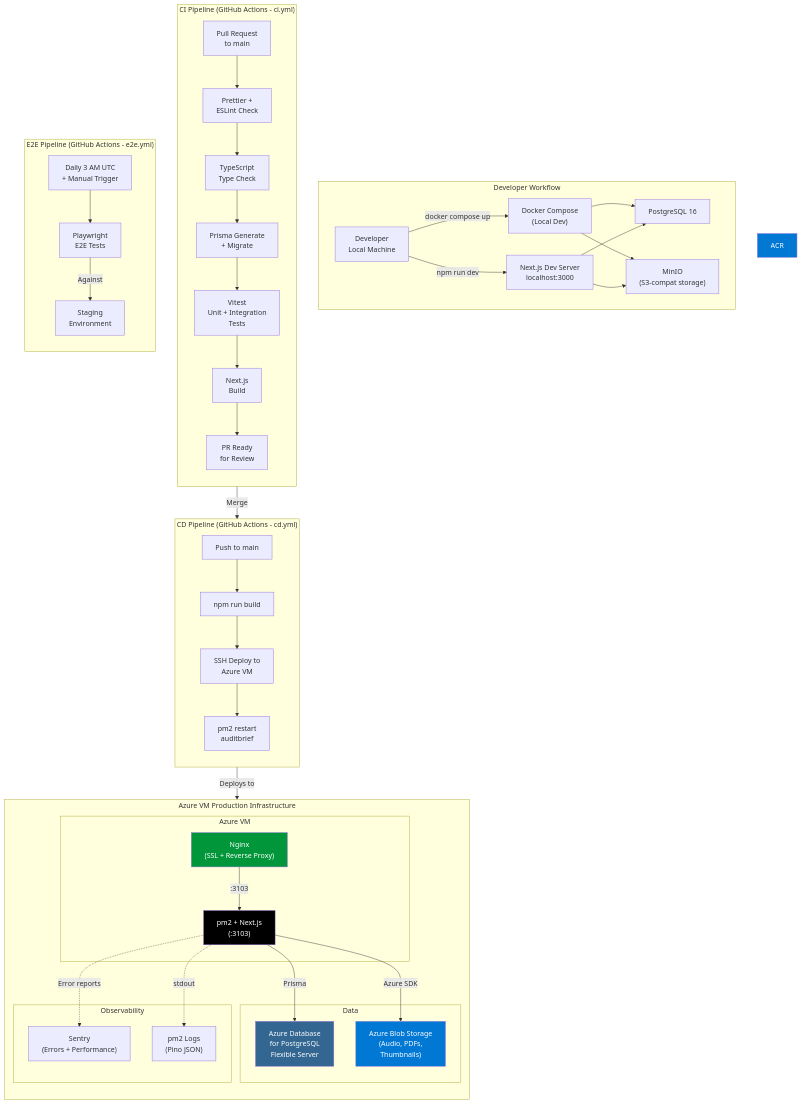
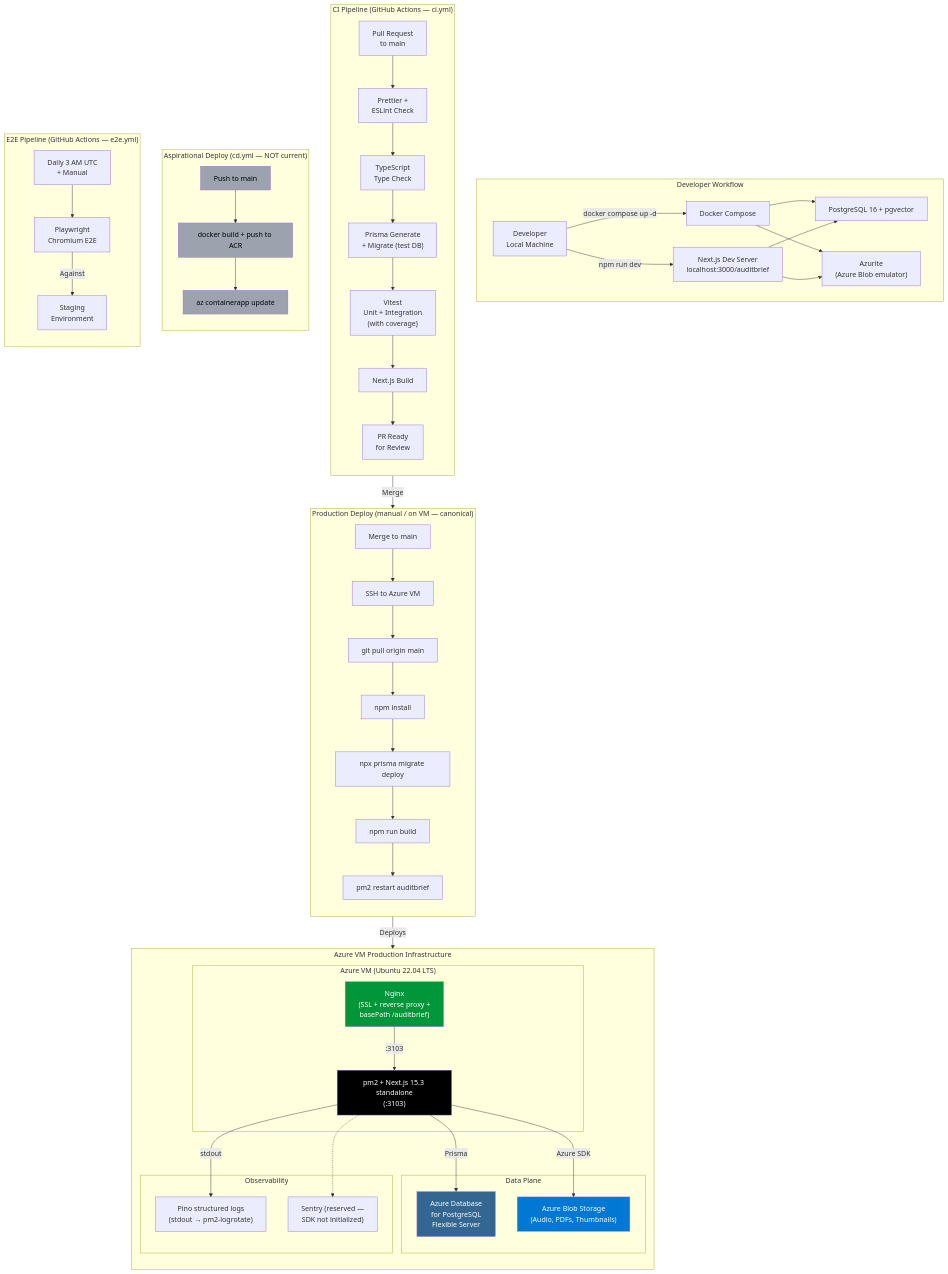
The seventh of 7 diagrams in docs/architecture-diagrams.md (RoshanJ20/podcasthub), drawn with Mermaid before and after one commit. The commit also changed other lines of this file and 51 other files, not shown here.

First line of the commit message:
docs: refresh top-level docs, CLAUDE/AGENTS rules, architecture diagrams, and changelog

````diff
--- a/docs/architecture-diagrams.md
+++ b/docs/architecture-diagrams.md
@@ -460,72 +594,83 @@
 flowchart TB
     subgraph "Developer Workflow"
         Dev["Developer<br/>Local Machine"]
-        DevDocker["Docker Compose<br/>(Local Dev)"]
-        PGLocal["PostgreSQL 16"]
-        MinIOLocal["MinIO<br/>(S3-compat storage)"]
+        DevDocker["Docker Compose"]
+        PGLocal["PostgreSQL 16 + pgvector"]
+        AzuriteLocal["Azurite<br/>(Azure Blob emulator)"]
 
-        Dev -->|"docker compose up"| DevDocker
+        Dev -->|"docker compose up -d"| DevDocker
         DevDocker --> PGLocal
-        DevDocker --> MinIOLocal
-        Dev -->|"npm run dev"| LocalNext["Next.js Dev Server<br/>localhost:3000"]
+        DevDocker --> AzuriteLocal
+        Dev -->|"npm run dev"| LocalNext["Next.js Dev Server<br/>localhost:3000/auditbrief"]
         LocalNext --> PGLocal
-        LocalNext --> MinIOLocal
+        LocalNext --> AzuriteLocal
     end
 
-    subgraph "CI Pipeline (GitHub Actions - ci.yml)"
+    subgraph "CI Pipeline (GitHub Actions — ci.yml)"
         direction TB
         PR["Pull Request<br/>to main"] --> Lint["Prettier +<br/>ESLint Check"]
         Lint --> TypeCheck["TypeScript<br/>Type Check"]
-        TypeCheck --> PrismaGen["Prisma Generate<br/>+ Migrate"]
-        PrismaGen --> UnitTests["Vitest<br/>Unit + Integration<br/>Tests"]
-        UnitTests --> BuildCheck["Next.js<br/>Build"]
+        TypeCheck --> PrismaGen["Prisma Generate<br/>+ Migrate (test DB)"]
+        PrismaGen --> UnitTests["Vitest<br/>Unit + Integration<br/>(with coverage)"]
+        UnitTests --> BuildCheck["Next.js Build"]
         BuildCheck --> PRReady["PR Ready<br/>for Review"]
     end
 
-    subgraph "CD Pipeline (GitHub Actions - cd.yml)"
+    subgraph "Production Deploy (manual / on VM — canonical)"
         direction TB
-        MergeMain["Push to main"] --> NpmBuild["npm run build"]
-        NpmBuild --> SSHDeploy["SSH Deploy to<br/>Azure VM"]
-        SSHDeploy --> PM2Restart["pm2 restart<br/>auditbrief"]
+        Merge["Merge to main"] --> SSH["SSH to Azure VM"]
+        SSH --> Pull["git pull origin main"]
+        Pull --> Install["npm install"]
+        Install --> Migrate["npx prisma migrate deploy"]
+        Migrate --> Build["npm run build"]
+        Build --> Restart["pm2 restart auditbrief"]
     end
 
-    subgraph "E2E Pipeline (GitHub Actions - e2e.yml)"
+    subgraph "Aspirational Deploy (cd.yml — NOT current)"
         direction TB
-        CronTrigger["Daily 3 AM UTC<br/>+ Manual Trigger"] --> PlaywrightRun["Playwright<br/>E2E Tests"]
+        cdMerge["Push to main"] --> Docker["docker build + push to ACR"]
+        Docker --> ACA["az containerapp update"]
+    end
+
+    subgraph "E2E Pipeline (GitHub Actions — e2e.yml)"
+        direction TB
+        CronTrigger["Daily 3 AM UTC<br/>+ Manual"] --> PlaywrightRun["Playwright<br/>Chromium E2E"]
         PlaywrightRun -->|"Against"| StagingURL["Staging<br/>Environment"]
     end
 
     subgraph "Azure VM Production Infrastructure"
         direction TB
 
-        subgraph "Azure VM"
-            NginxProd["Nginx<br/>(SSL + Reverse Proxy)"]
-            PM2Prod["pm2 + Next.js<br/>(:3103)"]
+        subgraph "Azure VM (Ubuntu 22.04 LTS)"
+            NginxProd["Nginx<br/>(SSL + reverse proxy +<br/>basePath /auditbrief)"]
+            PM2Prod["pm2 + Next.js 15.3 standalone<br/>(:3103)"]
         end
 
-        subgraph "Data"
+        subgraph "Data Plane"
             AzurePG["Azure Database<br/>for PostgreSQL<br/>Flexible Server"]
-            AzureBlob["Azure Blob Storage<br/>(Audio, PDFs,<br/>Thumbnails)"]
+            AzureBlob["Azure Blob Storage<br/>(Audio, PDFs, Thumbnails)"]
         end
 
         subgraph "Observability"
-            SentryMon["Sentry<br/>(Errors + Performance)"]
-            PM2Logs["pm2 Logs<br/>(Pino JSON)"]
+            PinoLogs["Pino structured logs<br/>(stdout → pm2-logrotate)"]
+            SentryRsv["Sentry (reserved —<br/>SDK not initialized)"]
         end
 
         NginxProd -->|":3103"| PM2Prod
         PM2Prod -->|"Prisma"| AzurePG
         PM2Prod -->|"Azure SDK"| AzureBlob
-        PM2Prod -.->|"Error reports"| SentryMon
-        PM2Prod -.->|"stdout"| PM2Logs
+        PM2Prod -->|"stdout"| PinoLogs
+        PM2Prod -.-> SentryRsv
     end
 
-    PRReady -->|"Merge"| MergeMain
-    SSHDeploy -->|"Deploys to"| PM2Prod
+    PRReady -->|"Merge"| Merge
+    Restart -->|"Deploys"| PM2Prod
 
     style NginxProd fill:#009639,color:#fff
     style PM2Prod fill:#000,color:#fff
     style AzurePG fill:#336791,color:#fff
     style AzureBlob fill:#0078d4,color:#fff
-    style ACR fill:#0078d4,color:#fff
+    style cdMerge fill:#9ca3af,color:#000
+    style Docker fill:#9ca3af,color:#000
+    style ACA fill:#9ca3af,color:#000
 ```
````
